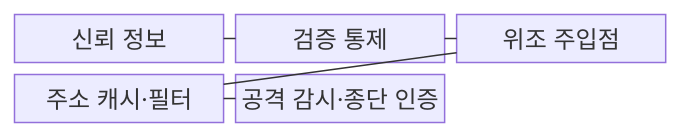
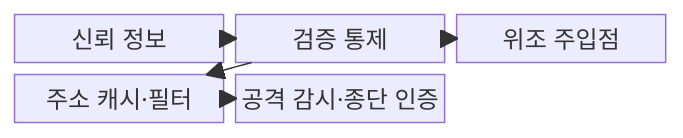
Before and after one commit to agnusdei1207/knowledge-base: the first of 2 diagrams in src/content/docs/notes/05-security/024_network_spoofing.md, drawn with Mermaid. The commit also changed other lines of this file and 20 other files, not shown here.

````diff
--- a/src/content/docs/notes/05-security/024_network_spoofing.md
+++ b/src/content/docs/notes/05-security/024_network_spoofing.md
@@ -62,13 +62,13 @@
 ```mermaid
-block-beta
+block
     columns 3
     T["신뢰 정보"]
     V["검증 통제"]
     A["위조 주입점"]
     C["주소 캐시·필터"]
     F["공격 감시·종단 인증"]
-    T --- V
-    V --- A
-    A --- C
-    C --- F
+    T --> V
+    A --> V
+    V --> C
+    C --> F
 ```
````
